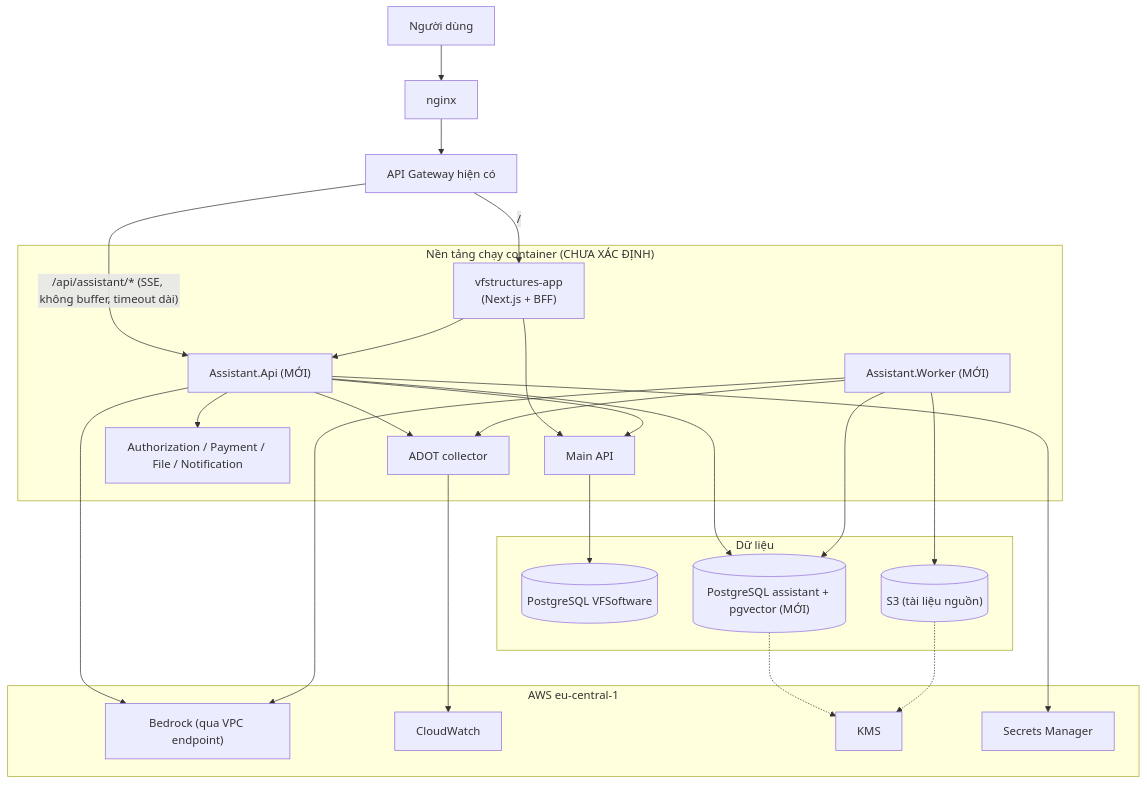
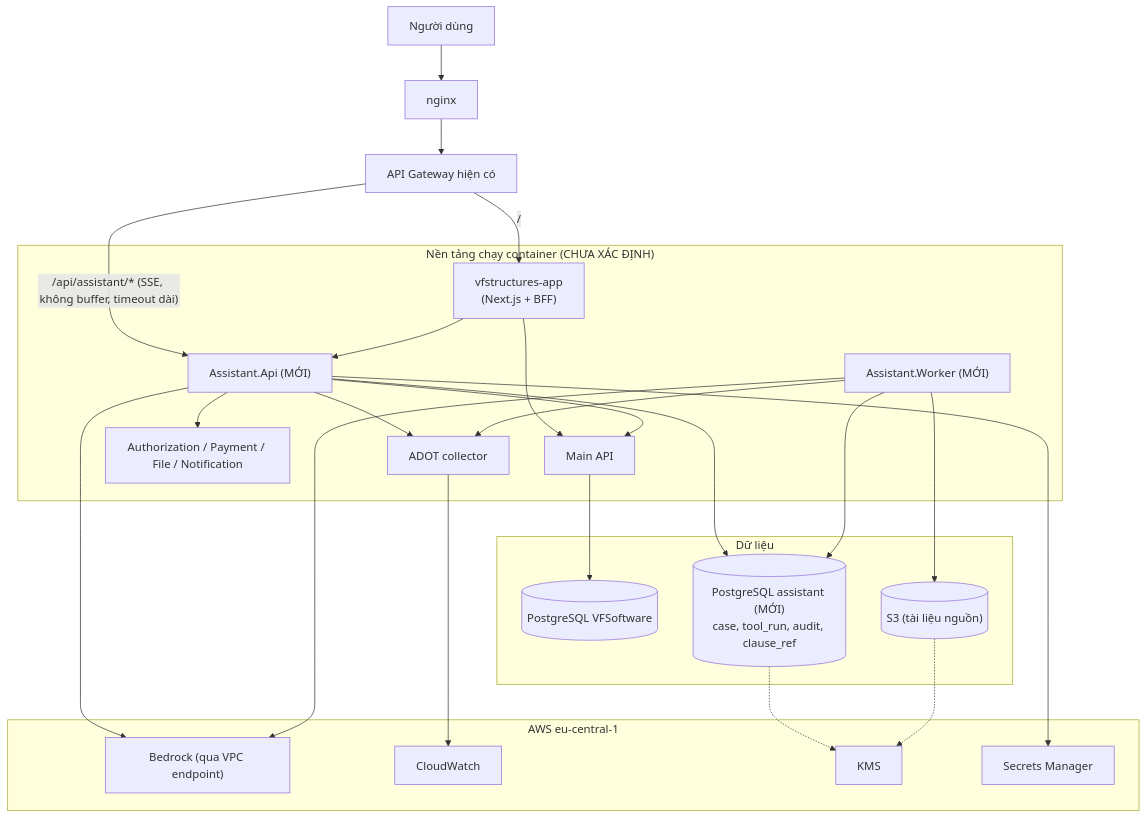
One commit to vdloc/vfstructures-ai-solution changed the first of 4 diagrams in 10-trien-khai.md. Above: the diagram before and after it, drawn with Mermaid. The commit also changed other lines of this file and 26 other files, not shown here.

Commit message:
Update v1.1 architecture docs and add guidelines, specs, presentation material

````diff
--- a/10-trien-khai.md
+++ b/10-trien-khai.md
@@ -11,46 +11,46 @@
 ```mermaid
 flowchart TB
   USER["Người dùng"] --> NGX["nginx"]
   NGX --> GW["API Gateway hiện có"]
 
   subgraph HOST["Nền tảng chạy container (CHƯA XÁC ĐỊNH)"]
     APPC["vfstructures-app<br/>(Next.js + BFF)"]
     MAINC["Main API"]
     ASSISTC["Assistant.Api (MỚI)"]
     WORKC["Assistant.Worker (MỚI)"]
     OTHER["Authorization / Payment / File / Notification"]
     COLC["ADOT collector"]
   end
 
   subgraph DATA["Dữ liệu"]
     PGM[("PostgreSQL VFSoftware")]
-    PGA[("PostgreSQL assistant + pgvector (MỚI)")]
+    PGA[("PostgreSQL assistant (MỚI)<br/>case, tool_run, audit, clause_ref")]
     S3[("S3 (tài liệu nguồn)")]
   end
 
   subgraph AWSSVC["AWS eu-central-1"]
     BRK["Bedrock (qua VPC endpoint)"]
     CWL["CloudWatch"]
     KMSK["KMS"]
     SMG["Secrets Manager"]
   end
 
   GW -->|"/"| APPC
   GW -->|"/api/assistant/* (SSE, không buffer, timeout dài)"| ASSISTC
   APPC --> ASSISTC
   APPC --> MAINC
   ASSISTC --> MAINC
   ASSISTC --> OTHER
   ASSISTC --> PGA
   WORKC --> PGA
   WORKC --> S3
   MAINC --> PGM
   ASSISTC --> BRK
   WORKC --> BRK
   ASSISTC --> COLC
   WORKC --> COLC
   COLC --> CWL
   ASSISTC --> SMG
   PGA -.-> KMSK
   S3 -.-> KMSK
 ```
````
